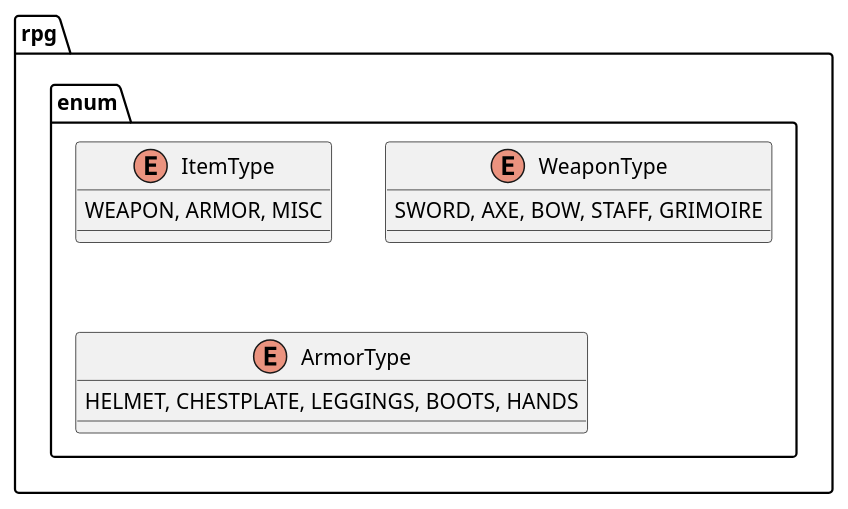
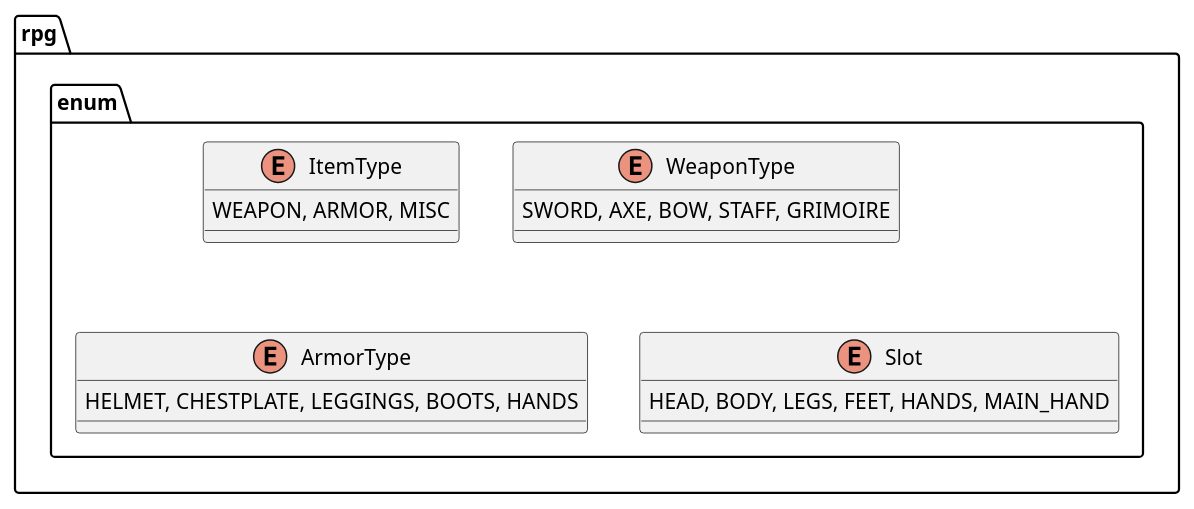
One commit to jesus-castro89/prog_avanzada changed the first of 3 diagrams in Writerside/topics/inventory.md. Above: the diagram before and after it, drawn with PlantUML. The commit also changed other lines of this file and 4 other files, not shown here.

````diff
--- a/Writerside/topics/inventory.md
+++ b/Writerside/topics/inventory.md
@@ -17,17 +19,21 @@
 ```plantuml
 @startuml
 package rpg.enum{
-enum ItemType{
-WEAPON, ARMOR, MISC 
-}
+    enum ItemType{
+        WEAPON, ARMOR, MISC 
+    }
 
-enum WeaponType{
-SWORD, AXE, BOW, STAFF, GRIMOIRE
-}
+    enum WeaponType{
+        SWORD, AXE, BOW, STAFF, GRIMOIRE
+    }
 
-enum ArmorType{
-HELMET, CHESTPLATE, LEGGINGS, BOOTS, HANDS
-}
+    enum ArmorType{
+        HELMET, CHESTPLATE, LEGGINGS, BOOTS, HANDS
+    }
+
+    enum Slot{
+        HEAD, BODY, LEGS, FEET, HANDS, MAIN_HAND        
+    }
 }
 @enduml
 ```
````
